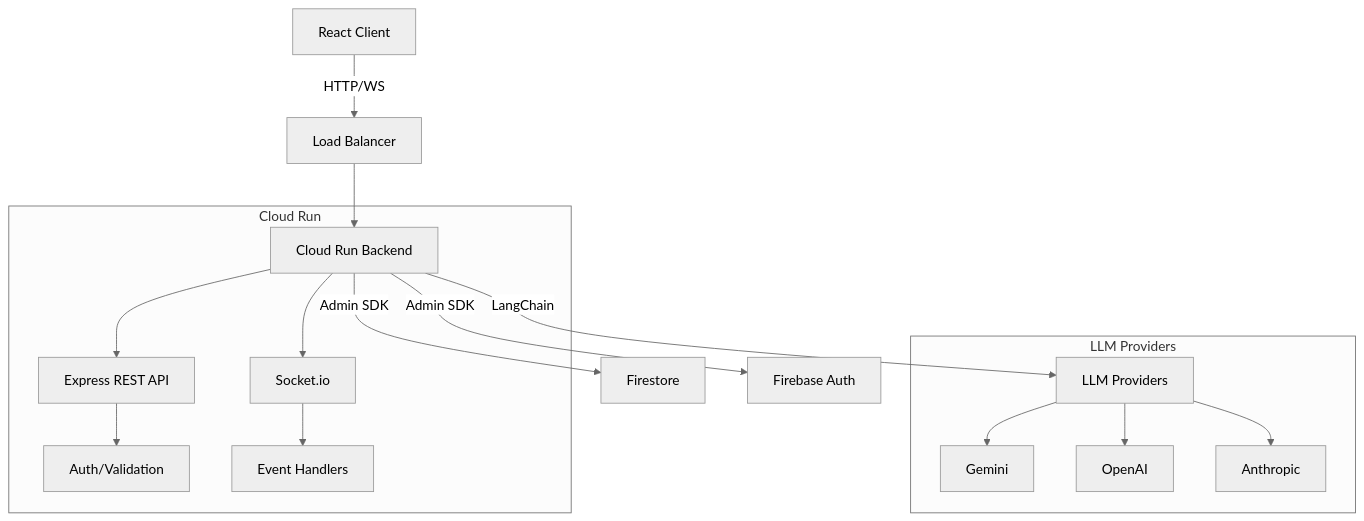
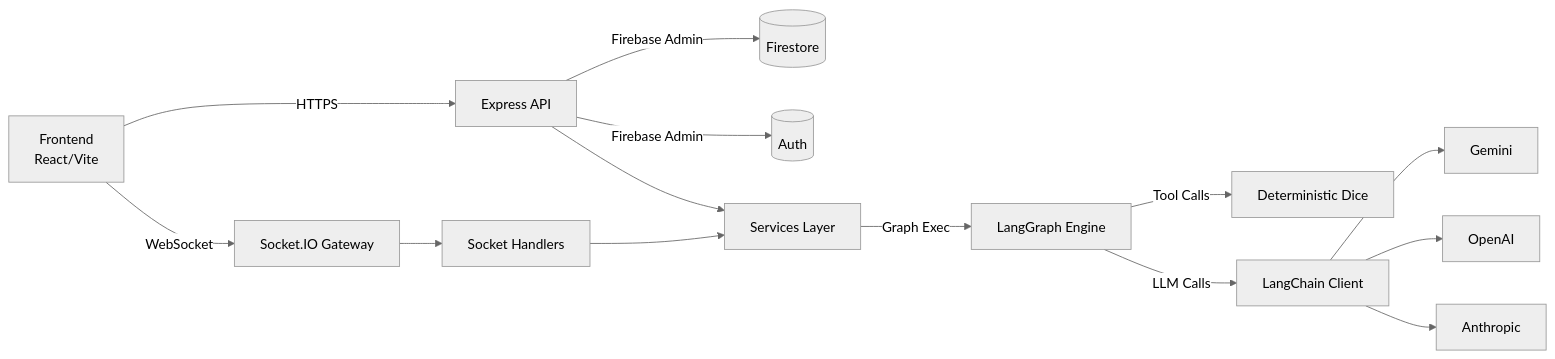
One commit to lguibr/daicer changed the diagram in backend/README.md. Above: the diagram before and after it, drawn with Mermaid (neutral theme). The commit also changed other lines of this file and 150 other files, not shown here.

````diff
--- a/backend/README.md
+++ b/backend/README.md
@@ -20,21 +47,20 @@
 ```mermaid
-graph TB
-    Client[React Client] -->|HTTP/WS| LB[Load Balancer]
-    LB --> CR[Cloud Run Backend]
-    CR -->|Admin SDK| FS[Firestore]
-    CR -->|Admin SDK| FA[Firebase Auth]
-    CR -->|LangChain| LLM[LLM Providers]
+flowchart LR
+    Browser[Frontend\nReact/Vite] -->|HTTPS| REST[Express API]
+    Browser -->|WebSocket| WS[Socket.IO Gateway]
 
-    subgraph "LLM Providers"
-        LLM --> Gemini
-        LLM --> OpenAI
-        LLM --> Anthropic
-    end
+    REST -->|Firebase Admin| Firestore[(Firestore)]
+    REST -->|Firebase Admin| Auth[(Auth)]
+    REST --> Services[Services Layer]
 
-    subgraph "Cloud Run"
-        CR --> Express[Express REST API]
-        CR --> SocketIO[Socket.io]
-        Express --> Middleware[Auth/Validation]
-        SocketIO --> Handlers[Event Handlers]
-    end
+    WS --> SocketHandlers[Socket Handlers]
+    SocketHandlers --> Services
+
+    Services -->|Graph Exec| LangGraph[LangGraph Engine]
+    LangGraph -->|Tool Calls| Dice[Deterministic Dice]
+    LangGraph -->|LLM Calls| LangChain[LangChain Client]
+
+    LangChain --> Gemini
+    LangChain --> OpenAI
+    LangChain --> Anthropic
 ```
````
